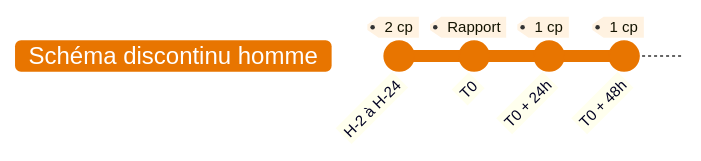
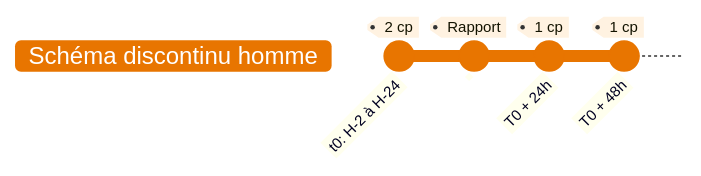
Before and after one commit to djibe/recommandations-medicales: the third of 3 diagrams in content/recommandations/prophylaxie-preexposition-prep.md, drawn with Mermaid. The commit also changed other lines of this file and 4 other files, not shown here.

```diff
--- a/content/recommandations/prophylaxie-preexposition-prep.md
+++ b/content/recommandations/prophylaxie-preexposition-prep.md
@@ -300,8 +300,8 @@
 {{< mermaid title="Utilisation de la PrEP en schéma discontinu (hors AMM et hors VHB actif). Dr JB Fron d'après HAS 2021" >}}
 %%{init: { 'gitGraph': { 'mainBranchName': 'Schéma discontinu homme' }, 'themeVariables': { 'git0' : '#e87500', 'tagLabelBackground': '#FFF2E1', 'tagLabelBorder': '#fff' }}}%%
 gitGraph
-  commit id: "H-2 à H-24" tag: "2 cp"
-  commit id: "T0" tag: "Rapport"
+  commit id: "t0: H-2 à H-24" tag: "2 cp"
+  commit id: " " tag: "Rapport"
   commit id: "T0 + 24h" tag: "1 cp"
   commit id: "T0 + 48h" tag: "1 cp"
 {{< /mermaid >}}
```
